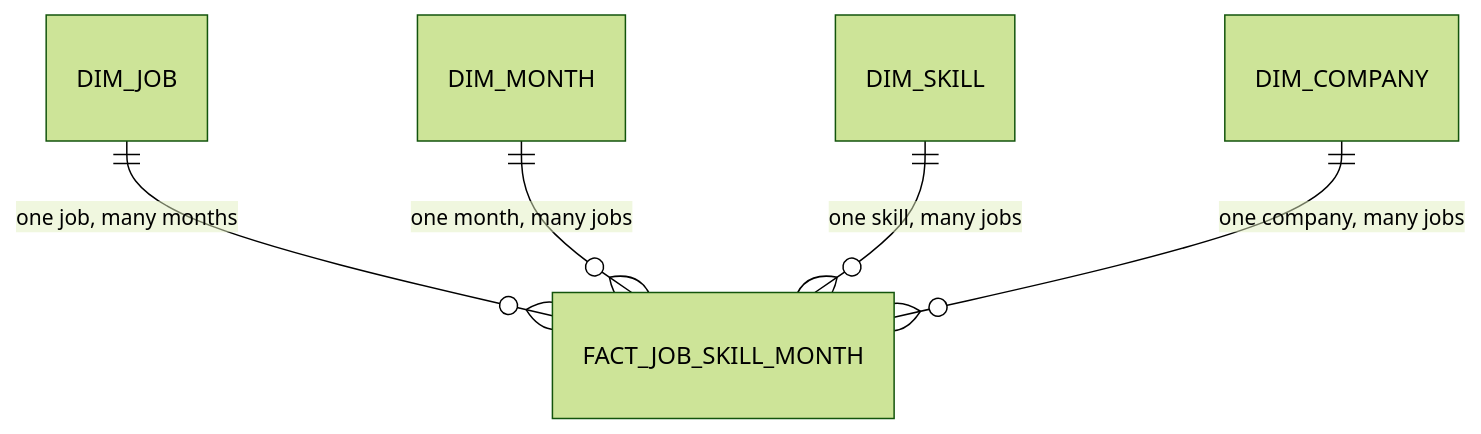
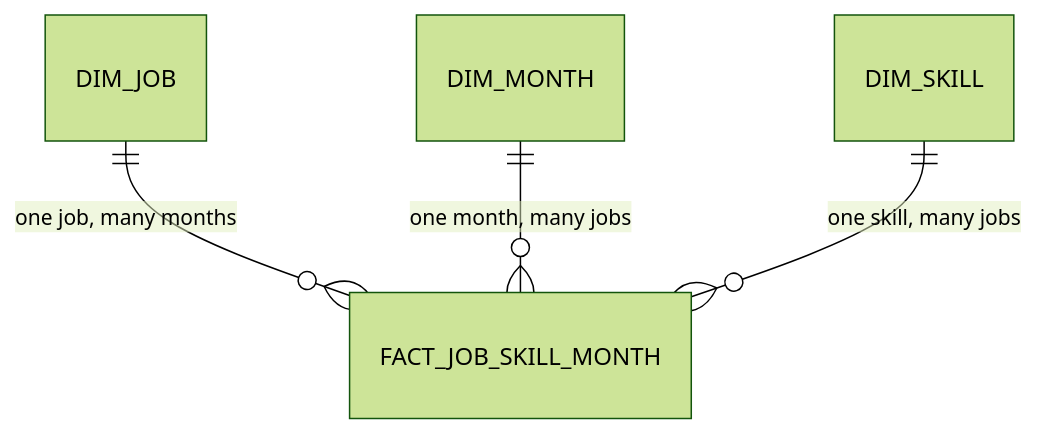
Before and after one commit to husthunterpy01/Autonomous_Vehicle_Job_Profiles_Group3: the second of 2 diagrams in document/gold-trend-mart/README.md, drawn with Mermaid (forest theme). The commit also changed other lines of this file and 4 other files, not shown here.

First line of the commit message:
docs: drop the company dimension from the skill trend star (DOC-13)

````diff
--- a/document/gold-trend-mart/README.md
+++ b/document/gold-trend-mart/README.md
@@ -48,7 +48,6 @@
 ```mermaid
 erDiagram
     DIM_JOB ||--o{ FACT_JOB_SKILL_MONTH : "one job, many months"
     DIM_MONTH ||--o{ FACT_JOB_SKILL_MONTH : "one month, many jobs"
     DIM_SKILL ||--o{ FACT_JOB_SKILL_MONTH : "one skill, many jobs"
-    DIM_COMPANY ||--o{ FACT_JOB_SKILL_MONTH : "one company, many jobs"
 ```
````
